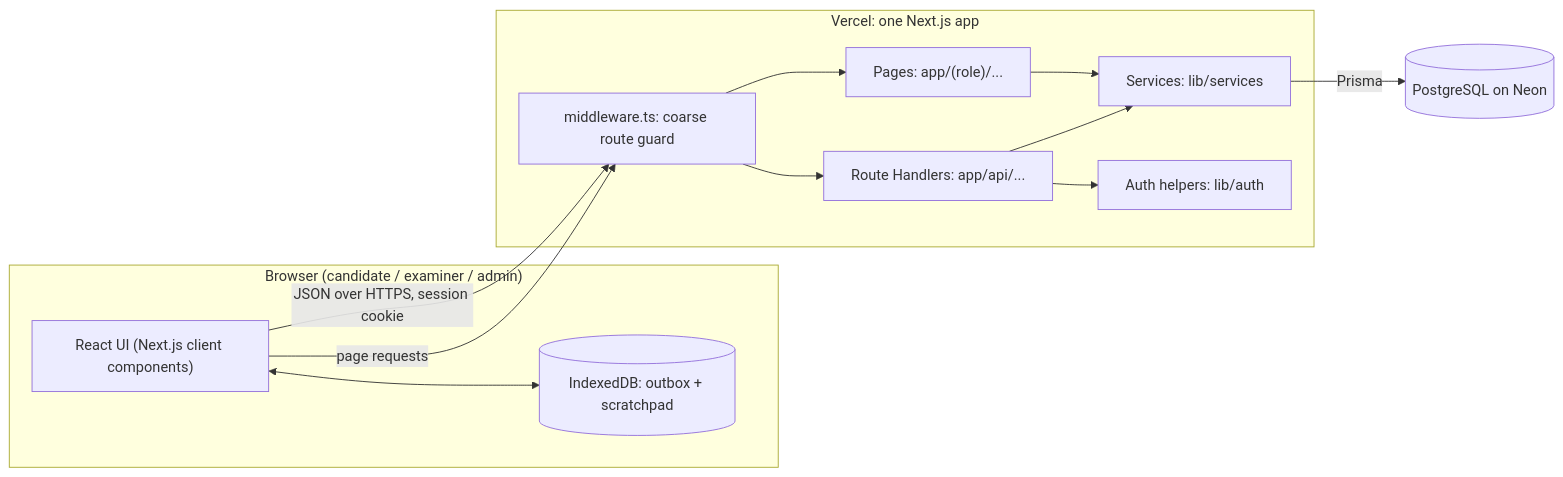
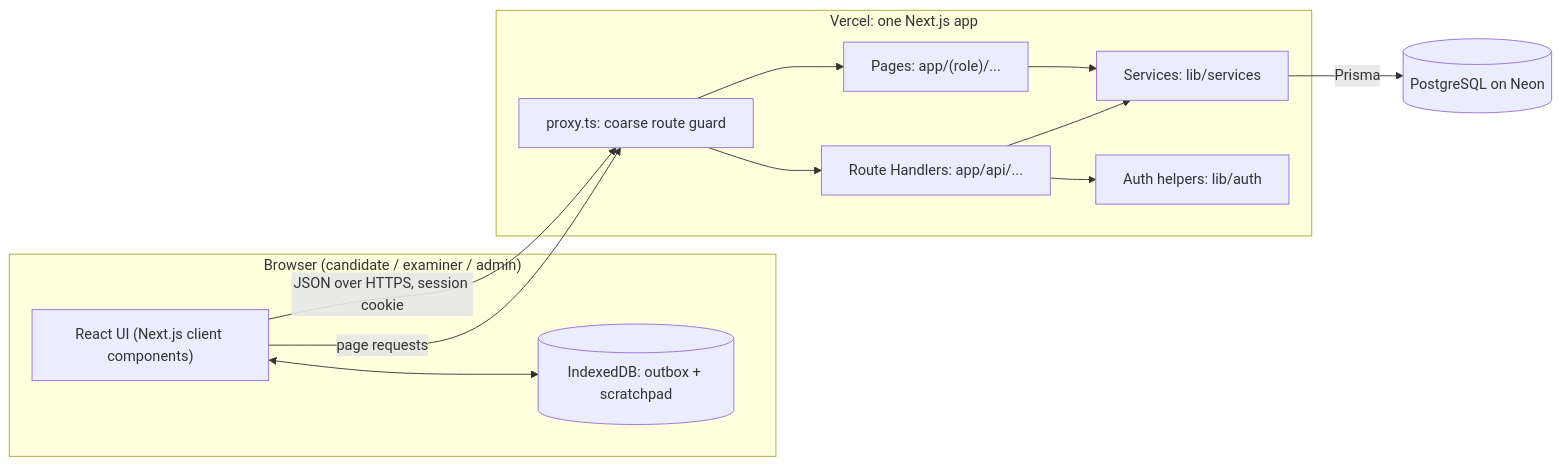
The first of 2 diagrams in docs/architecture.md (MuhammadFahad-offcl/Webathon), drawn with Mermaid before and after one commit. The commit also changed other lines of this file and 9 other files, not shown here.

````diff
--- a/docs/architecture.md
+++ b/docs/architecture.md
@@ -27,27 +27,27 @@
 ```mermaid
 flowchart LR
   subgraph Browser["Browser (candidate / examiner / admin)"]
     UI["React UI (Next.js client components)"]
     OB[("IndexedDB: outbox + scratchpad")]
     UI <--> OB
   end
 
   subgraph Vercel["Vercel: one Next.js app"]
-    MW["middleware.ts: coarse route guard"]
+    MW["proxy.ts: coarse route guard"]
     PG["Pages: app/(role)/..."]
     RH["Route Handlers: app/api/..."]
     SV["Services: lib/services"]
     AU["Auth helpers: lib/auth"]
     RH --> AU
     RH --> SV
     PG --> SV
   end
 
   DB[("PostgreSQL on Neon")]
 
   UI -->|"page requests"| MW
   MW --> PG
   UI -->|"JSON over HTTPS, session cookie"| MW
   MW --> RH
   SV -->|"Prisma"| DB
 ```
````
